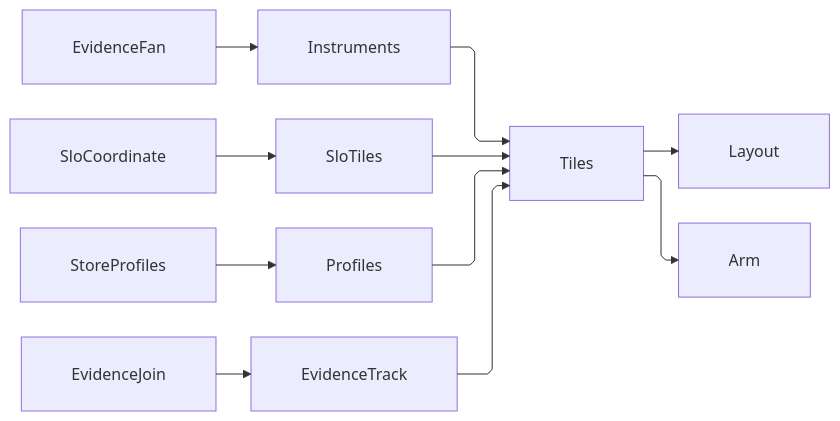
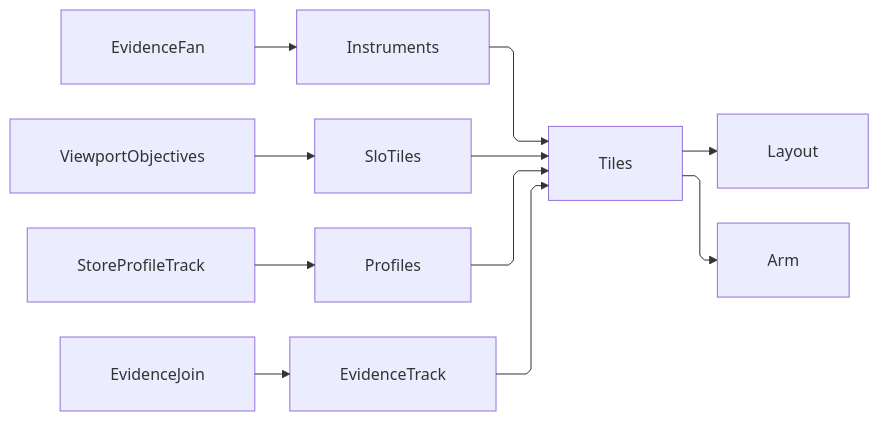
The diagram in libs/csharp/Rasm.AppUi/.planning/Charts/telemetry.md (bsamiee/Rasm), drawn with Mermaid before and after one commit. The commit also changed other lines of this file and 249 other files, not shown here.

````diff
--- a/libs/csharp/Rasm.AppUi/.planning/Charts/telemetry.md
+++ b/libs/csharp/Rasm.AppUi/.planning/Charts/telemetry.md
@@ -152,22 +219,22 @@
 ```mermaid
 ---
 config:
   layout: elk
   flowchart:
     curve: linear
     padding: 25
 ---
 flowchart LR
     accTitle: Telemetry board composition
     accDescr: Instrument roster, SLO coordinates, store-profile receipts, and the evidence join feed chart streams into board tiles under one layout and watch fold.
     EvidenceFan --> Instruments
-    SloCoordinate --> SloTiles
-    StoreProfiles --> Profiles
+    ViewportObjectives --> SloTiles
+    StoreProfileTrack --> Profiles
     EvidenceJoin --> EvidenceTrack
     Instruments --> Tiles
     SloTiles --> Tiles
     Profiles --> Tiles
     EvidenceTrack --> Tiles
     Tiles --> Layout
     Tiles --> Arm
 ```
````
